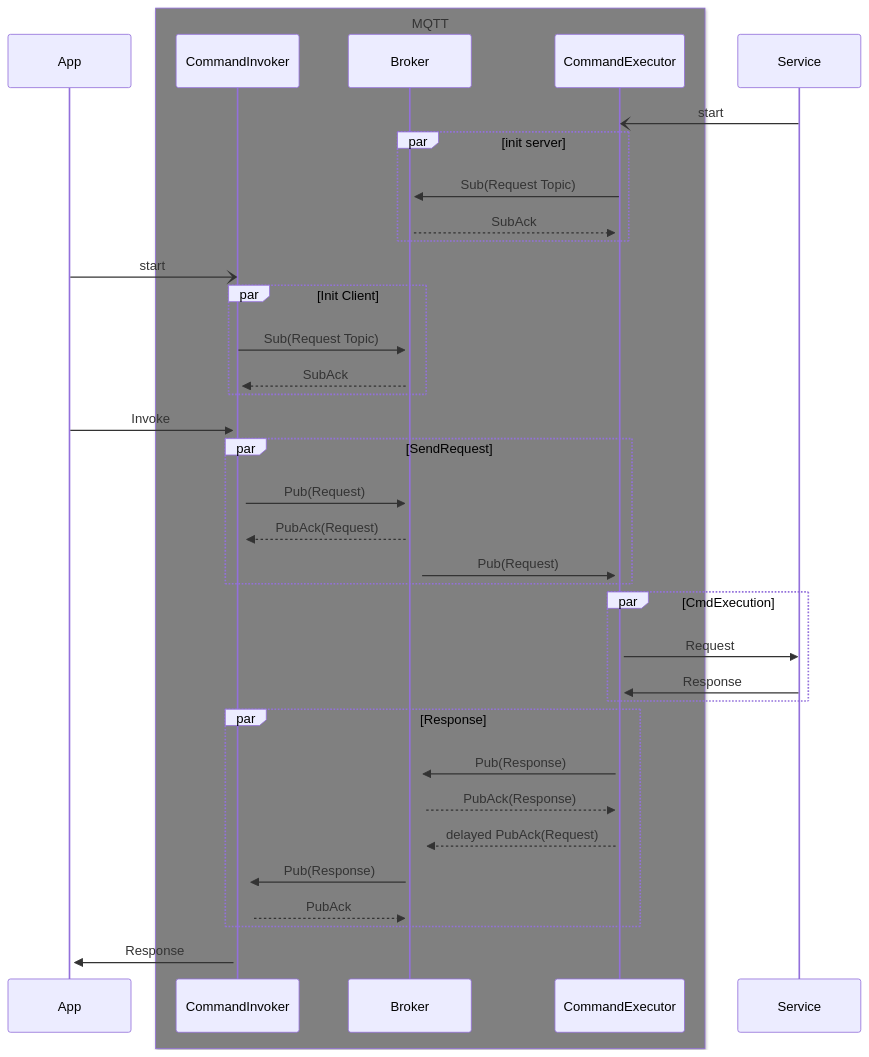
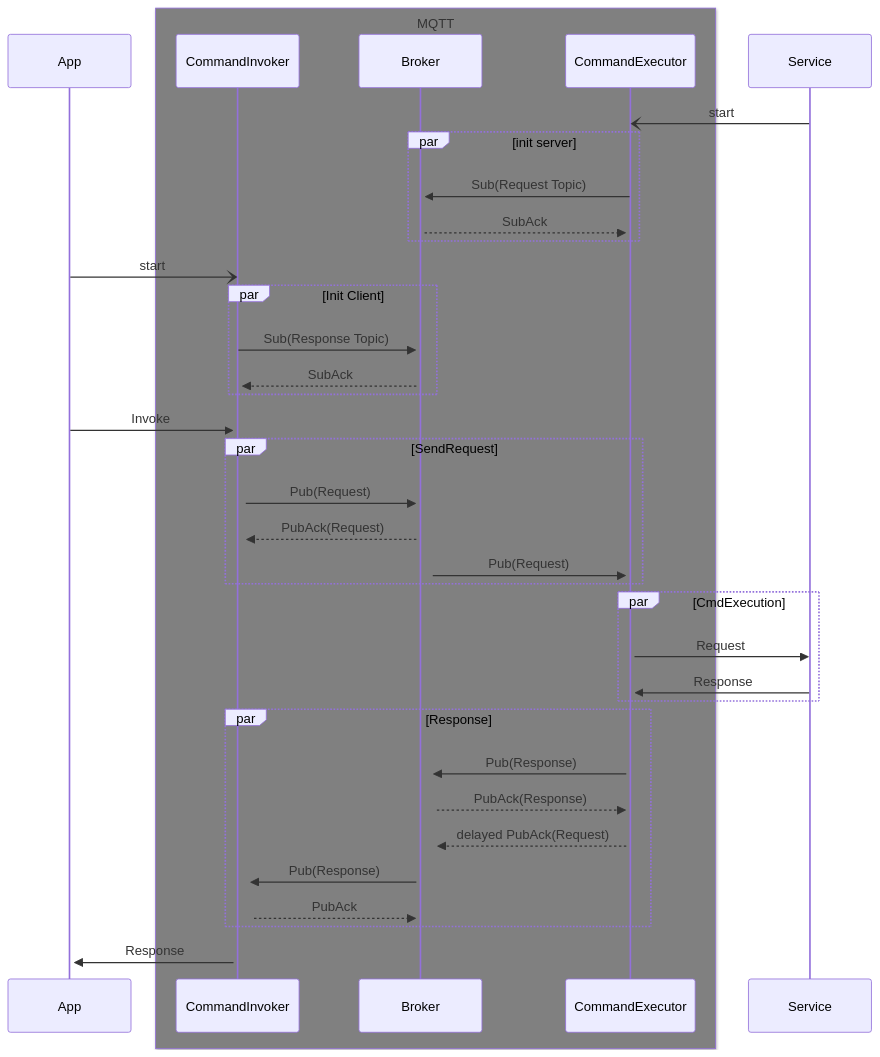
One commit to cartertinney/iot-operations-sdks changed the diagram in doc/reference/command-api.md. Above: the diagram before and after it, drawn with Mermaid. The commit also changed other lines of this file, not shown here.

Commit message:
Update command-api.md (#242)
 Small docu fixes

````diff
--- a/doc/reference/command-api.md
+++ b/doc/reference/command-api.md
@@ -46,50 +46,50 @@
 ```mermaid
 sequenceDiagram;
 
     participant App
     participant CommandInvoker
     participant Broker
     participant CommandExecutor
     participant Service
 
     Service-)CommandExecutor:start
 
     par init server
         CommandExecutor->>+Broker: Sub(Request Topic)
         Broker-->>+CommandExecutor: SubAck
     end
     
     App-)CommandInvoker:start
     par Init Client
-        CommandInvoker->>+Broker: Sub(Request Topic)
+        CommandInvoker->>+Broker: Sub(Response Topic)
         Broker-->>+CommandInvoker: SubAck
     end
     
     App->>+CommandInvoker: Invoke    
     box Grey MQTT
     participant CommandInvoker
     participant Broker
     participant CommandExecutor
     end
     
     par SendRequest
         CommandInvoker->>+Broker: Pub(Request)
         Broker-->>+CommandInvoker: PubAck(Request)
         Broker->>CommandExecutor: Pub(Request)
     end
     
 
     par CmdExecution
         CommandExecutor->>Service: Request
         Service->>+CommandExecutor: Response
     end
     par Response
         CommandExecutor->>+Broker: Pub(Response)
         Broker-->>+CommandExecutor: PubAck(Response)
         CommandExecutor-->>Broker: delayed PubAck(Request)
         Broker->>+CommandInvoker: Pub(Response)
         CommandInvoker-->>+Broker: PubAck
     end
 
     CommandInvoker->>+App:Response
 ```
````
